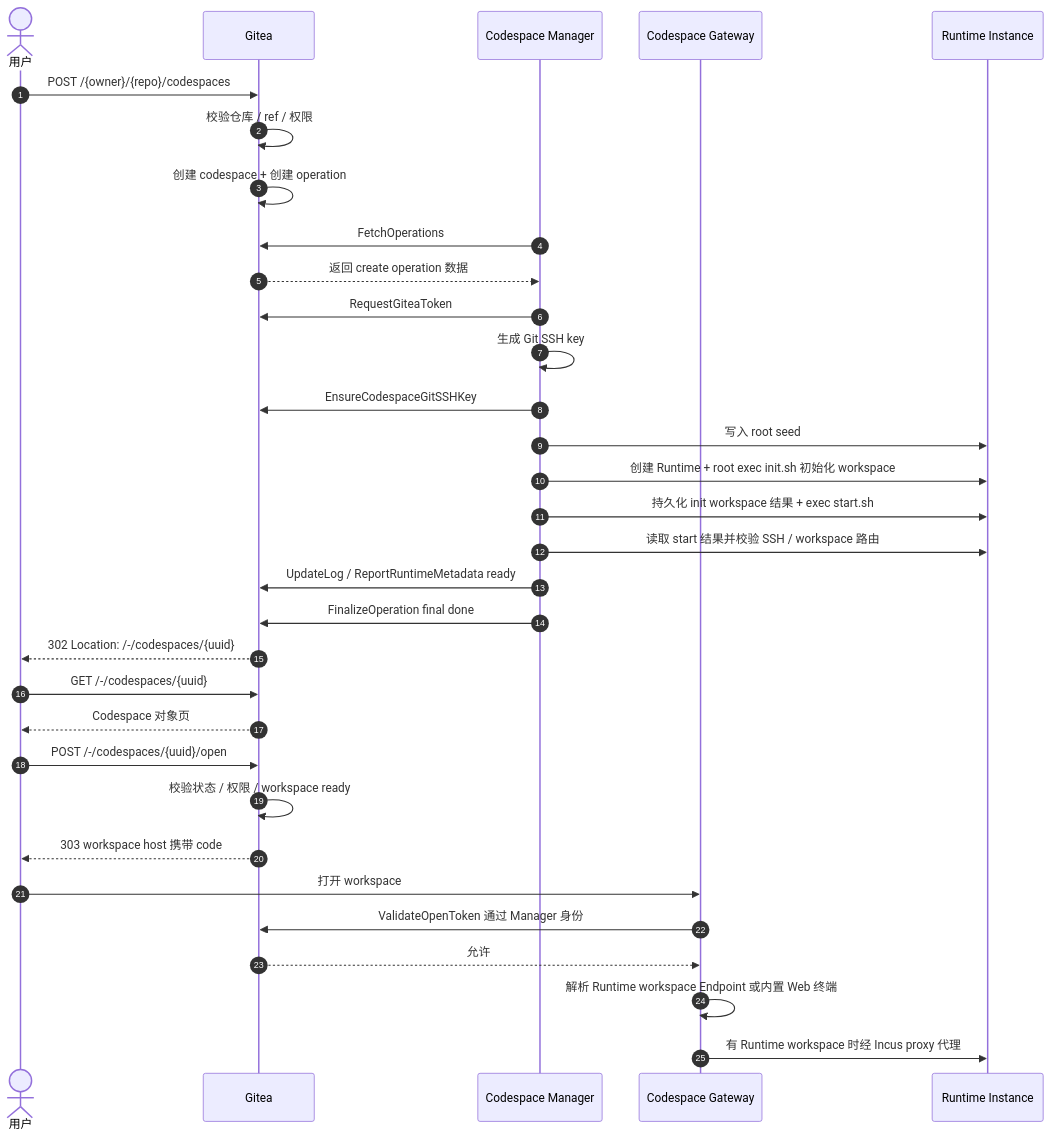
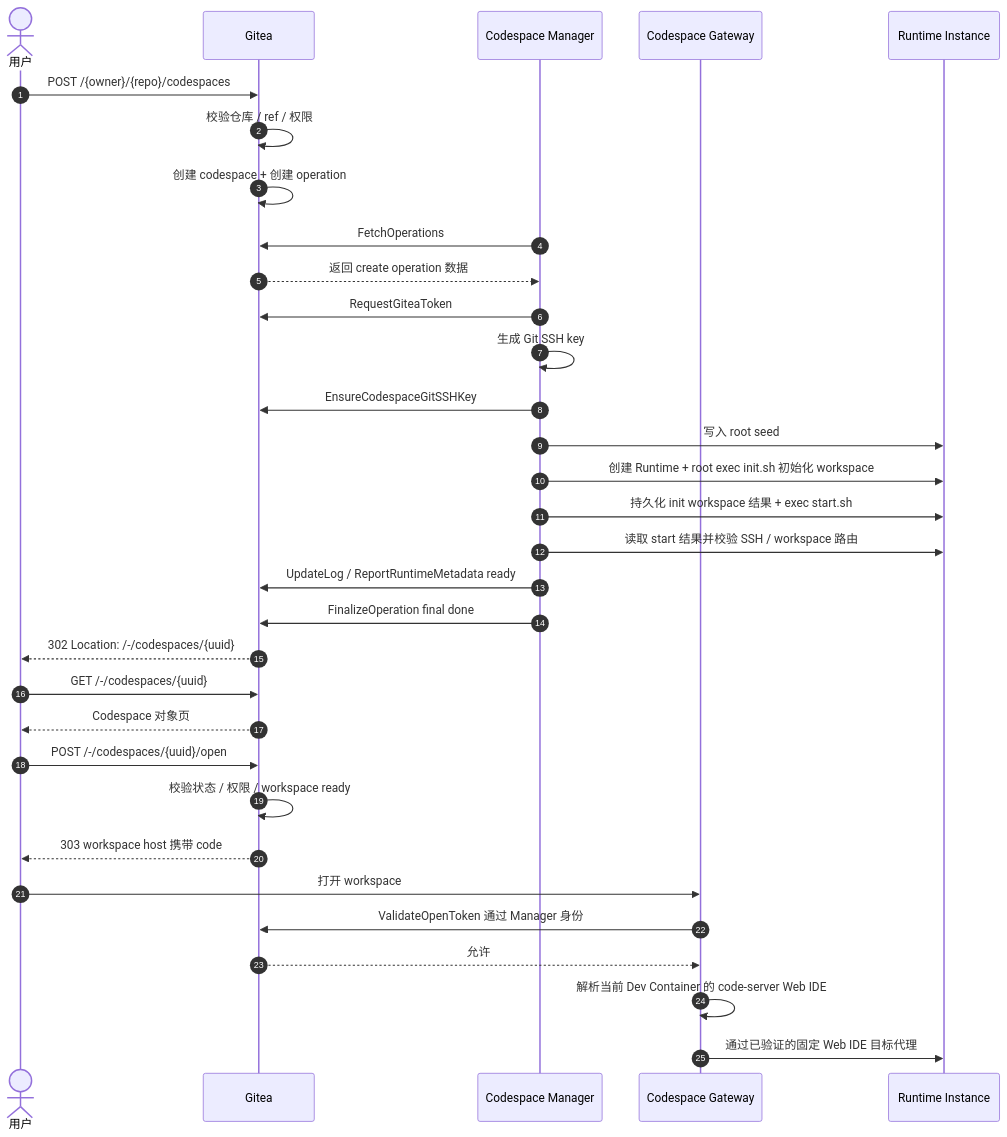
The second of 2 diagrams in src/README.md (ExplodingDragon/gitea-dev), drawn with Mermaid before and after one commit. The commit also changed other lines of this file and 11 other files, not shown here.

Commit message:
docs(codespace): align Dev Container Web IDE design

````diff
--- a/src/README.md
+++ b/src/README.md
@@ -90,36 +90,36 @@
 ```mermaid
 sequenceDiagram
     autonumber
     actor User as 用户
     participant Gitea
     participant Manager as Codespace Manager
     participant Gateway as Codespace Gateway
     participant Runtime as Runtime Instance
 
     User->>Gitea: POST /{owner}/{repo}/codespaces
     Gitea->>Gitea: 校验仓库 / ref / 权限
     Gitea->>Gitea: 创建 codespace + 创建 operation
     Manager->>Gitea: FetchOperations
     Gitea-->>Manager: 返回 create operation 数据
     Manager->>Gitea: RequestGiteaToken
     Manager->>Manager: 生成 Git SSH key
     Manager->>Gitea: EnsureCodespaceGitSSHKey
     Manager->>Runtime: 写入 root seed
     Manager->>Runtime: 创建 Runtime + root exec init.sh 初始化 workspace
     Manager->>Runtime: 持久化 init workspace 结果 + exec start.sh
     Manager->>Runtime: 读取 start 结果并校验 SSH / workspace 路由
     Manager->>Gitea: UpdateLog / ReportRuntimeMetadata ready
     Manager->>Gitea: FinalizeOperation final done
     Gitea-->>User: 302 Location: /-/codespaces/{uuid}
     User->>Gitea: GET /-/codespaces/{uuid}
     Gitea-->>User: Codespace 对象页
 
     User->>Gitea: POST /-/codespaces/{uuid}/open
     Gitea->>Gitea: 校验状态 / 权限 / workspace ready
     Gitea-->>User: 303 workspace host 携带 code
     User->>Gateway: 打开 workspace
     Gateway->>Gitea: ValidateOpenToken 通过 Manager 身份
     Gitea-->>Gateway: 允许
-    Gateway->>Gateway: 解析 Runtime workspace Endpoint 或内置 Web 终端
-    Gateway->>Runtime: 有 Runtime workspace 时经 Incus proxy 代理
+    Gateway->>Gateway: 解析当前 Dev Container 的 code-server Web IDE
+    Gateway->>Runtime: 通过已验证的固定 Web IDE 目标代理
 ```
````
